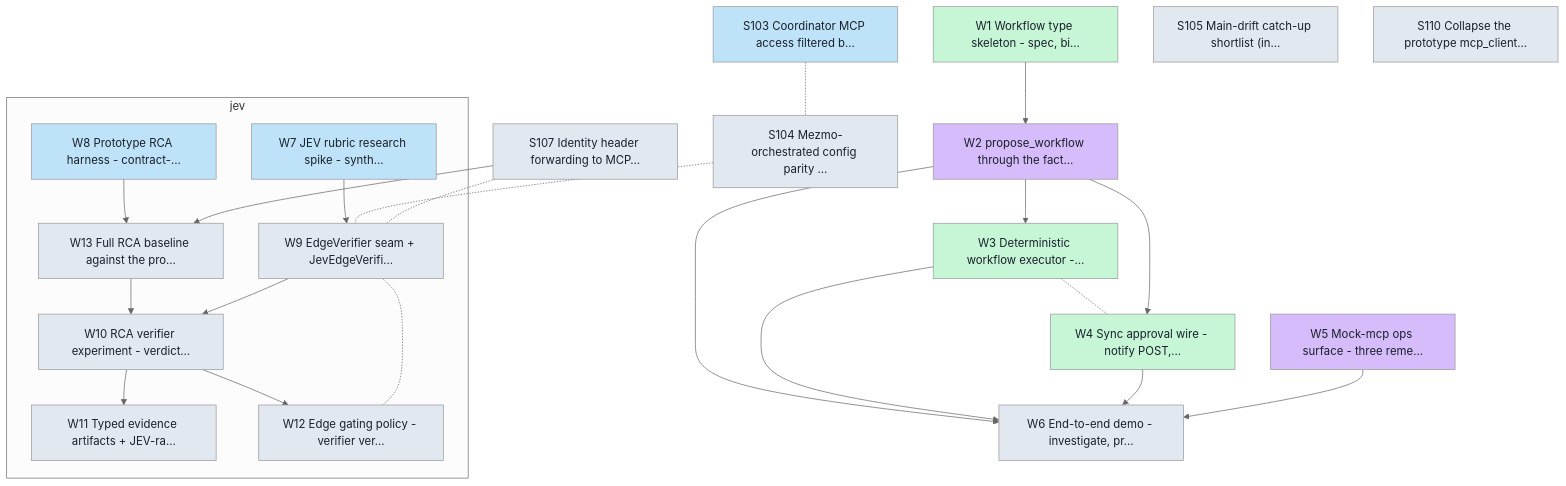
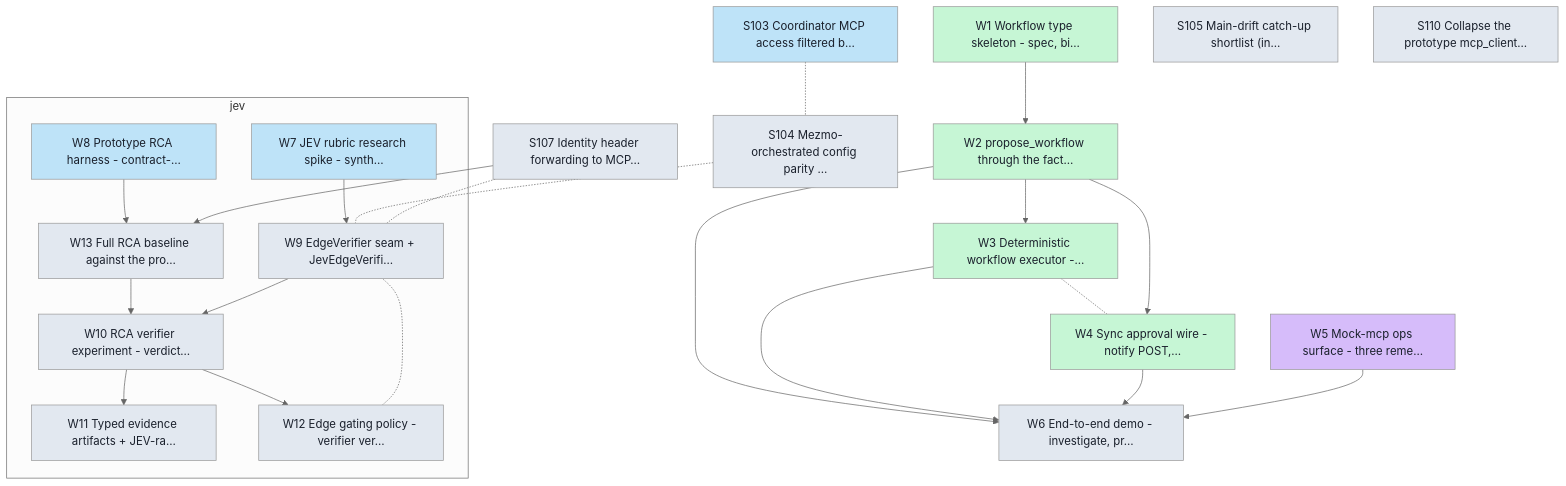
Before and after one commit to Shearerbeard/agent-driver-prototype: the diagram in docs/board/cards/graph.md, drawn with Mermaid (neutral theme). The commit also changed 5 other files, not shown here.

````diff
--- a/docs/board/cards/graph.md
+++ b/docs/board/cards/graph.md
@@ -8,47 +8,47 @@
 ```mermaid
 flowchart TD
   classDef backlog fill:#e2e8f0,color:#1a202c;
   classDef ready fill:#bee3f8,color:#1a202c;
   classDef inprogress fill:#fbd38d,color:#1a202c;
   classDef inreview fill:#d6bcfa,color:#1a202c;
   classDef done fill:#c6f6d5,color:#1a202c;
   subgraph lane_jev["jev"]
     W7["W7 JEV rubric research spike - synth…"]:::ready
     W8["W8 Prototype RCA harness - contract-…"]:::ready
     W9["W9 EdgeVerifier seam + JevEdgeVerifi…"]:::backlog
     W10["W10 RCA verifier experiment - verdict…"]:::backlog
     W11["W11 Typed evidence artifacts + JEV-ra…"]:::backlog
     W12["W12 Edge gating policy - verifier ver…"]:::backlog
     W13["W13 Full RCA baseline against the pro…"]:::backlog
   end
   W1["W1 Workflow type skeleton - spec, bi…"]:::done
-  W2["W2 propose_workflow through the fact…"]:::inreview
+  W2["W2 propose_workflow through the fact…"]:::done
   W3["W3 Deterministic workflow executor -…"]:::done
   W4["W4 Sync approval wire - notify POST,…"]:::done
   W5["W5 Mock-mcp ops surface - three reme…"]:::inreview
   W6["W6 End-to-end demo - investigate, pr…"]:::backlog
   S103["S103 Coordinator MCP access filtered b…"]:::ready
   S104["S104 Mezmo-orchestrated config parity …"]:::backlog
   S105["S105 Main-drift catch-up shortlist (in…"]:::backlog
   S107["S107 Identity header forwarding to MCP…"]:::backlog
   S110["S110 Collapse the prototype mcp_client…"]:::backlog
   W1 --> W2
   W2 --> W3
   W3 -.- W4
   W2 --> W4
   W2 --> W6
   W3 --> W6
   W4 --> W6
   W5 --> W6
   W7 --> W9
   W13 --> W10
   W9 --> W10
   W10 --> W11
   W10 --> W12
   W12 -.- W9
   W8 --> W13
   S107 --> W13
   S103 -.- S104
   S104 -.- W9
   S107 -.- W9
 ```
````
